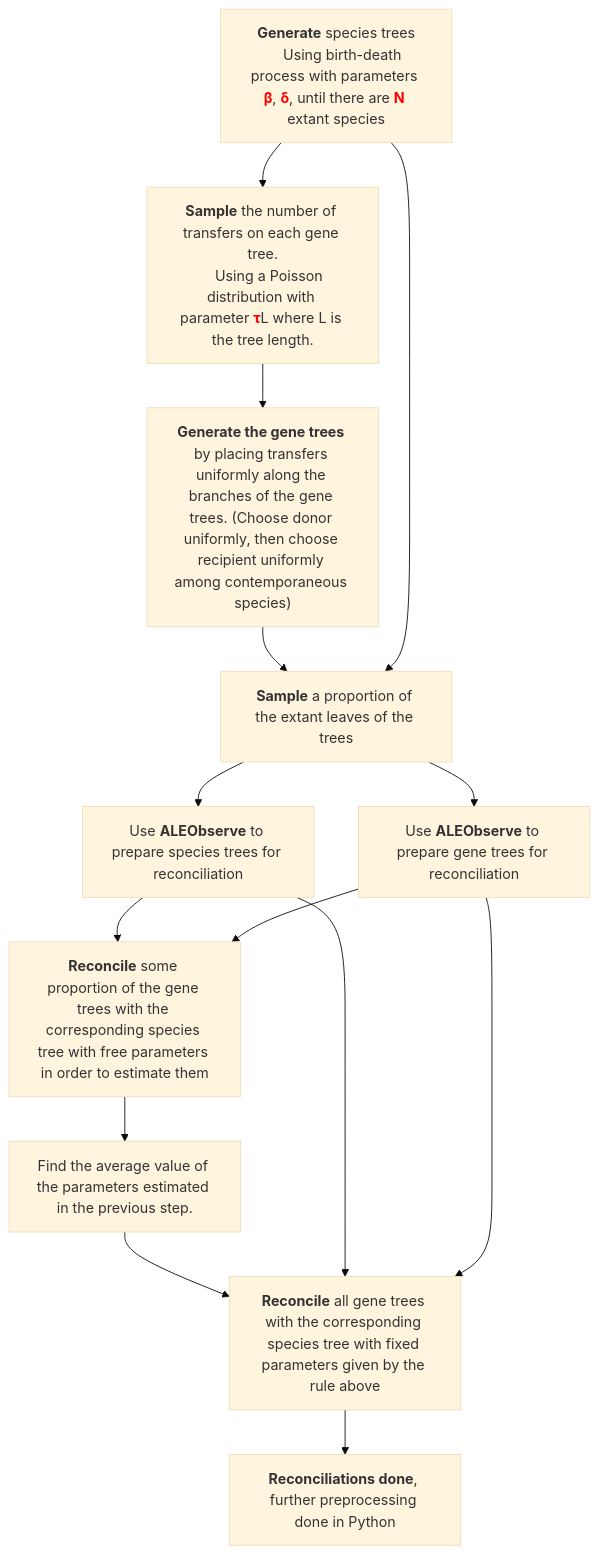
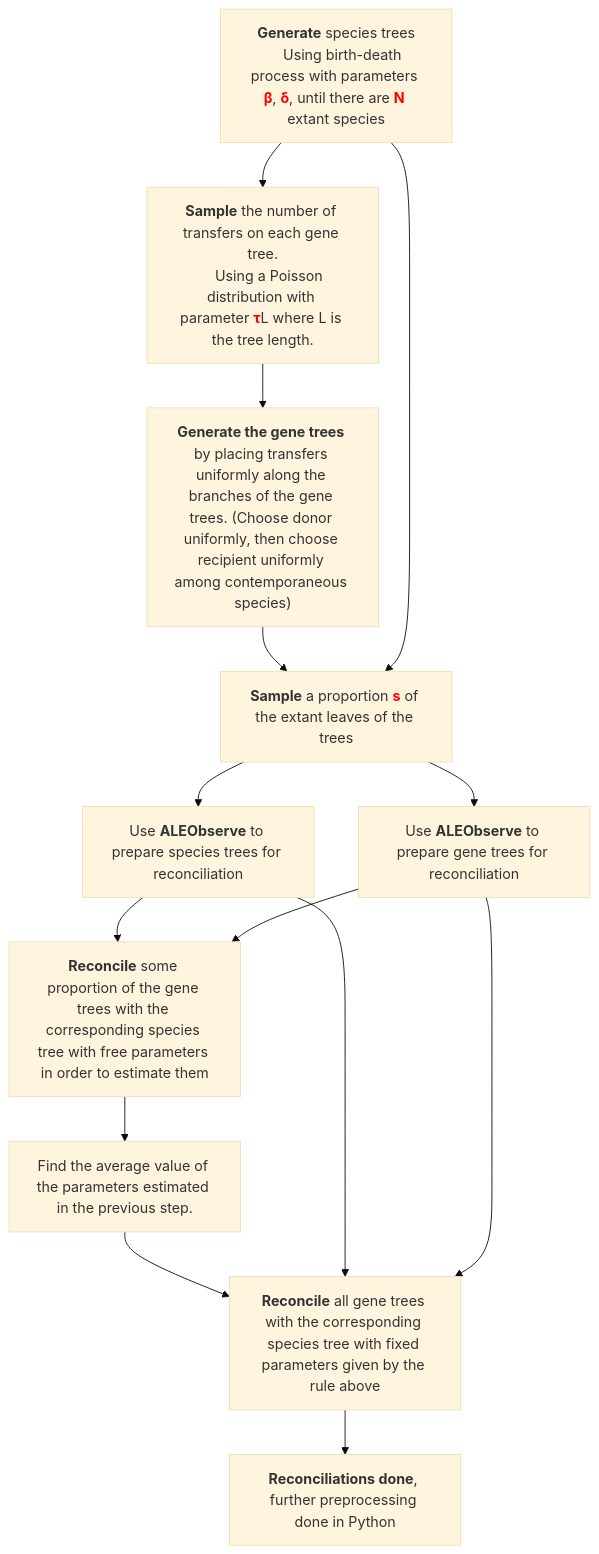
Before and after one commit to SisyphusMountain/DeepGhosts: the diagram in bin/README.md, drawn with Mermaid (base theme).

````diff
--- a/bin/README.md
+++ b/bin/README.md
@@ -3,18 +3,18 @@
 ```mermaid
 graph TD;
     generate_species_tree["<b>Generate</b> species trees
     Using birth-death process with parameters <font color='red'><b>&beta;</b></font>, <font color='red'><b>&delta;</b></font>", until there are <font color='red'><b>N</b></font> extant species]-->create_transfers_file["<b>Sample</b> the number of transfers on each gene tree.
     Using a Poisson distribution with parameter <font color='red'><b>&tau;</b></font>L where L is the tree length."];
     create_transfers_file-->generate_gene_tree["<b>Generate the gene trees</b> by placing transfers uniformly along the branches of the gene trees. (Choose donor uniformly, then choose recipient uniformly among contemporaneous species)"];
-    generate_gene_tree-->sampling_trees["<b>Sample</b> a proportion of the extant leaves of the trees"];
+    generate_gene_tree-->sampling_trees["<b>Sample</b> a proportion <font color='red'><b>s</b></font> of the extant leaves of the trees"];
     sampling_trees-->prepare_species_tree_for_reconciliation;
     sampling_trees-->prepare_gene_tree_for_reconciliation["Use <b>ALEObserve</b> to prepare gene trees for reconciliation"];
     prepare_species_tree_for_reconciliation["Use <b>ALEObserve</b> to prepare species trees for reconciliation"]-->reconcile_gene_tree["<b>Reconcile</b> some proportion of the gene trees with the corresponding species tree with free parameters in order to estimate them"];
     prepare_gene_tree_for_reconciliation-->reconcile_gene_tree;
     reconcile_gene_tree-->extract_rates["Find the average value of the parameters estimated in the previous step."];
     extract_rates-->reconcile_all_gene_trees["<b>Reconcile</b> all gene trees with the corresponding species tree with fixed parameters given by the rule above"];
     reconcile_all_gene_trees-->proof_reconciliation["<b>Reconciliations done</b>, further preprocessing done in Python"];
     generate_species_tree-->sampling_trees;
     prepare_species_tree_for_reconciliation-->reconcile_all_gene_trees;
     prepare_gene_tree_for_reconciliation-->reconcile_all_gene_trees;
 ```
````
